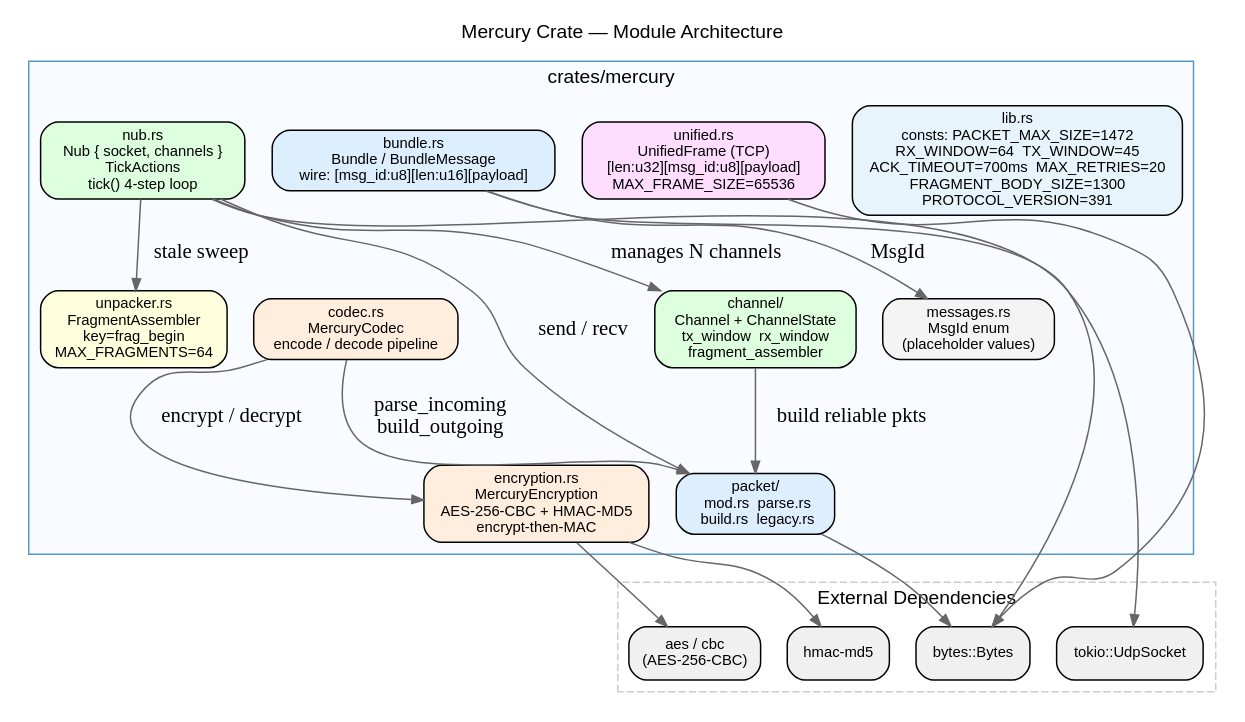
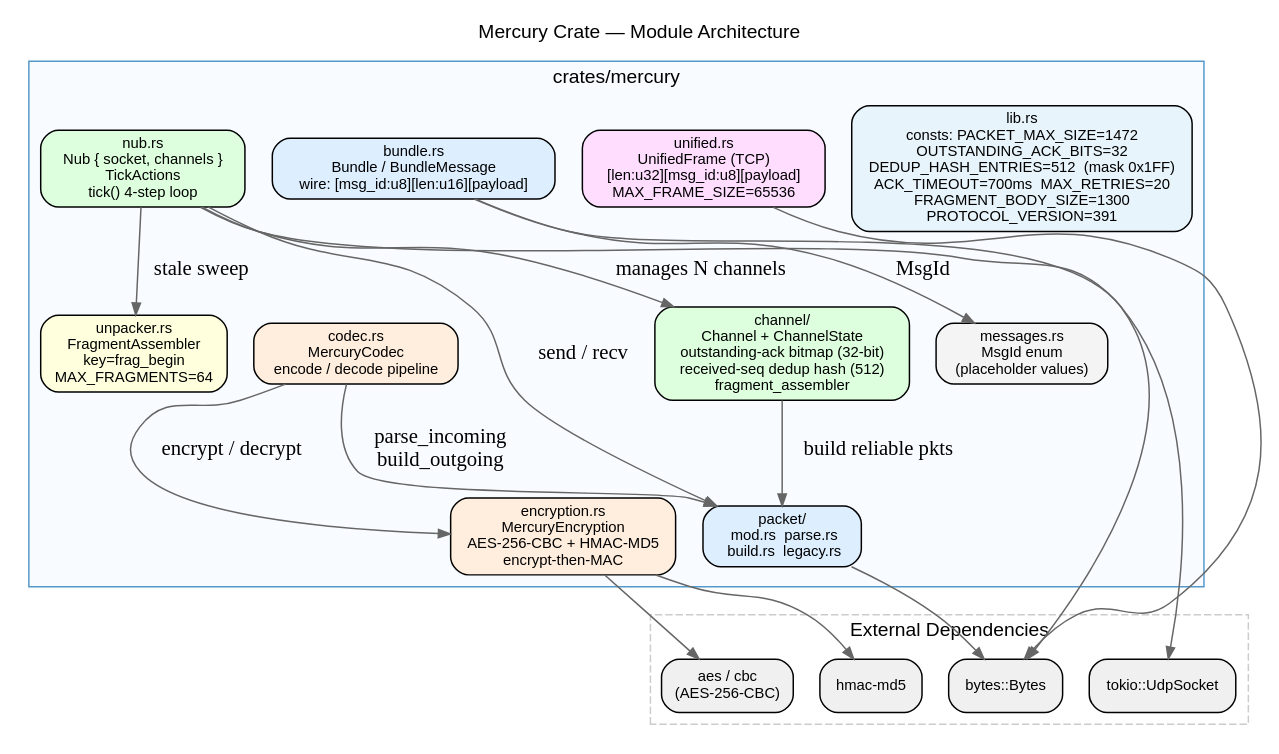
Before and after one commit to SandboxServers/Cimmeria: the diagram in docs/drafts/spec/figures/sources/mercury-01-module-architecture.dot, drawn with Graphviz. The commit also changed 14 other files, not shown here.

```diff
--- a/docs/drafts/spec/figures/sources/mercury-01-module-architecture.dot
+++ b/docs/drafts/spec/figures/sources/mercury-01-module-architecture.dot
@@ -1,53 +1,53 @@
 digraph mercury_modules {
     rankdir=TB
     node [shape=box style="rounded,filled" fontname="Helvetica" fontsize=10]
     edge [color="#666666" arrowsize=0.8]
     label="Mercury Crate — Module Architecture"
     labelloc=t
     fontsize=13
     fontname="Helvetica"
 
     subgraph cluster_ext {
         label="External Dependencies"
         style=dashed
         color="#cccccc"
         node [fillcolor="#f0f0f0"]
         bytes_ext [label="bytes::Bytes"]
         aes_ext [label="aes / cbc\n(AES-256-CBC)"]
         hmac_ext [label="hmac-md5"]
         tokio_ext [label="tokio::UdpSocket"]
     }
 
     subgraph cluster_mercury {
         label="crates/mercury"
         style=filled
         fillcolor="#f8fbff"
         color="#5599cc"
 
-        lib_rs [label="lib.rs\nconsts: PACKET_MAX_SIZE=1472\nRX_WINDOW=64  TX_WINDOW=45\nACK_TIMEOUT=700ms  MAX_RETRIES=20\nFRAGMENT_BODY_SIZE=1300\nPROTOCOL_VERSION=391" fillcolor="#e8f4fb"]
+        lib_rs [label="lib.rs\nconsts: PACKET_MAX_SIZE=1472\nOUTSTANDING_ACK_BITS=32\nDEDUP_HASH_ENTRIES=512  (mask 0x1FF)\nACK_TIMEOUT=700ms  MAX_RETRIES=20\nFRAGMENT_BODY_SIZE=1300\nPROTOCOL_VERSION=391" fillcolor="#e8f4fb"]
         packet_mod [label="packet/\n  mod.rs  parse.rs\n  build.rs  legacy.rs" fillcolor="#ddeeff"]
         bundle_rs [label="bundle.rs\nBundle / BundleMessage\nwire: [msg_id:u8][len:u16][payload]" fillcolor="#ddeeff"]
         encryption_rs [label="encryption.rs\nMercuryEncryption\nAES-256-CBC + HMAC-MD5\nencrypt-then-MAC" fillcolor="#ffeedd"]
         codec_rs [label="codec.rs\nMercuryCodec\nencode / decode pipeline" fillcolor="#ffeedd"]
-        channel_mod [label="channel/\nChannel + ChannelState\ntx_window  rx_window\nfragment_assembler" fillcolor="#ddffdd"]
+        channel_mod [label="channel/\nChannel + ChannelState\noutstanding-ack bitmap (32-bit)\nreceived-seq dedup hash (512)\nfragment_assembler" fillcolor="#ddffdd"]
         nub_rs [label="nub.rs\nNub { socket, channels }\nTickActions\ntick() 4-step loop" fillcolor="#ddffdd"]
         unpacker_rs [label="unpacker.rs\nFragmentAssembler\nkey=frag_begin\nMAX_FRAGMENTS=64" fillcolor="#ffffdd"]
         messages_rs [label="messages.rs\nMsgId enum\n(placeholder values)" fillcolor="#f4f4f4"]
         unified_rs [label="unified.rs\nUnifiedFrame (TCP)\n[len:u32][msg_id:u8][payload]\nMAX_FRAME_SIZE=65536" fillcolor="#ffddff"]
     }
 
     codec_rs -> packet_mod [label="parse_incoming\nbuild_outgoing"]
     codec_rs -> encryption_rs [label="encrypt / decrypt"]
     nub_rs -> channel_mod [label="manages N channels"]
     nub_rs -> unpacker_rs [label="stale sweep"]
     nub_rs -> packet_mod [label="send / recv"]
     channel_mod -> packet_mod [label="build reliable pkts"]
     bundle_rs -> messages_rs [label="MsgId"]
 
     encryption_rs -> aes_ext
     encryption_rs -> hmac_ext
     packet_mod -> bytes_ext
     bundle_rs -> bytes_ext
     unified_rs -> bytes_ext
     nub_rs -> tokio_ext
 }
```
